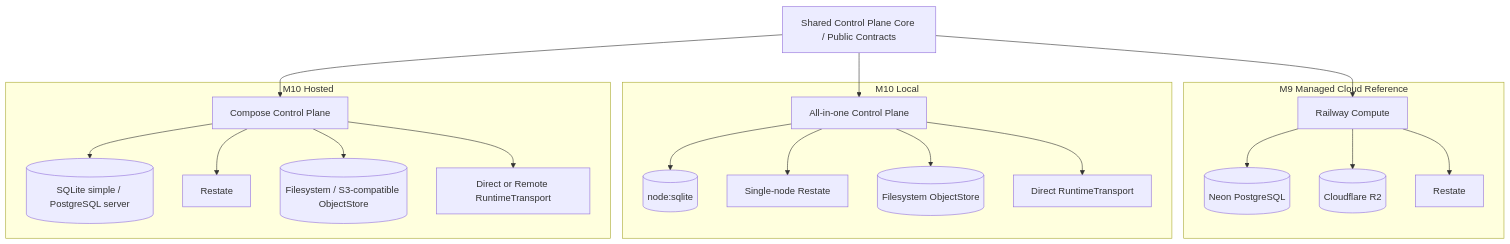
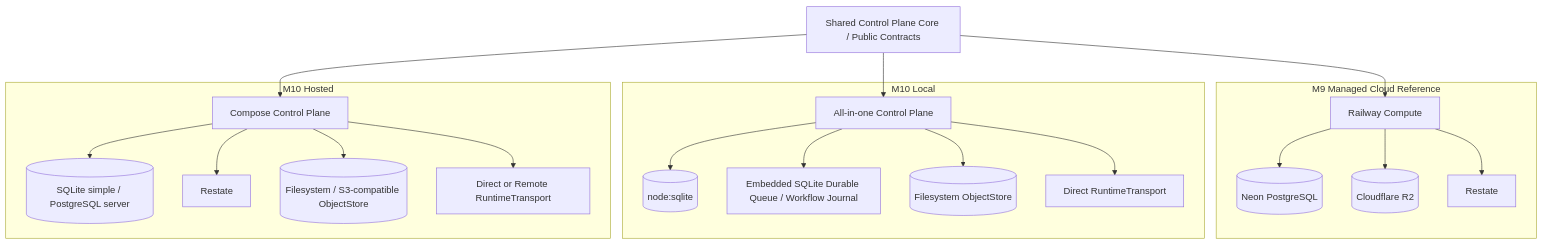
Before and after one commit to adea-ai/control-plane: the fourth of 5 diagrams in docs/architecture/diagram-sources.md, drawn with Mermaid. The commit also changed other lines of this file and 1 other file, not shown here.

Commit message:
docs(m11): reconcile Local durability diagram sources

````diff
--- a/docs/architecture/diagram-sources.md
+++ b/docs/architecture/diagram-sources.md
@@ -125,44 +126,44 @@
 ```mermaid
 flowchart TB
     CORE[Shared Control Plane Core / Public Contracts]
 
     subgraph Cloud["M9 Managed Cloud Reference"]
       RAIL[Railway Compute]
       NEON[(Neon PostgreSQL)]
       R2[(Cloudflare R2)]
       RSC[Restate]
     end
 
     subgraph Local["M10 Local"]
       LCP[All-in-one Control Plane]
       SQL[(node:sqlite)]
-      LRS[Single-node Restate]
+      LRS[Embedded SQLite Durable Queue / Workflow Journal]
       FS[(Filesystem ObjectStore)]
       DRT[Direct RuntimeTransport]
     end
 
     subgraph Hosted["M10 Hosted"]
       HCP[Compose Control Plane]
       HP[(SQLite simple / PostgreSQL server)]
       HRS[Restate]
       HOS[(Filesystem / S3-compatible ObjectStore)]
       HRT[Direct or Remote RuntimeTransport]
     end
 
     CORE --> RAIL
     RAIL --> NEON
     RAIL --> R2
     RAIL --> RSC
 
     CORE --> LCP
     LCP --> SQL
     LCP --> LRS
     LCP --> FS
     LCP --> DRT
 
     CORE --> HCP
     HCP --> HP
     HCP --> HRS
     HCP --> HOS
     HCP --> HRT
 ```
````
